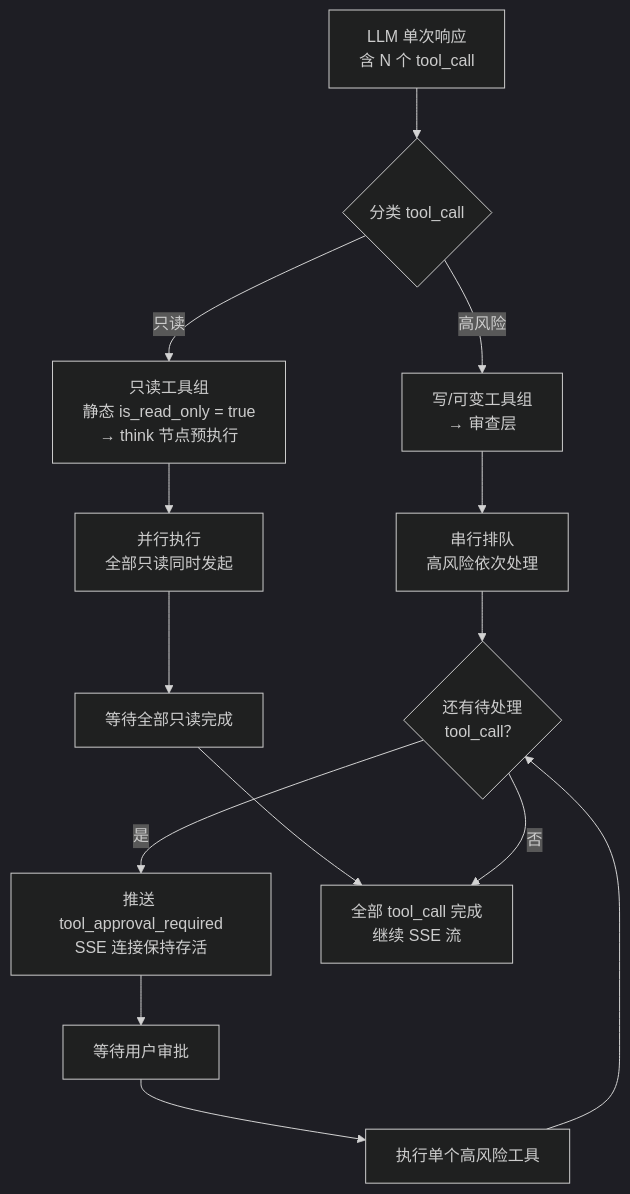
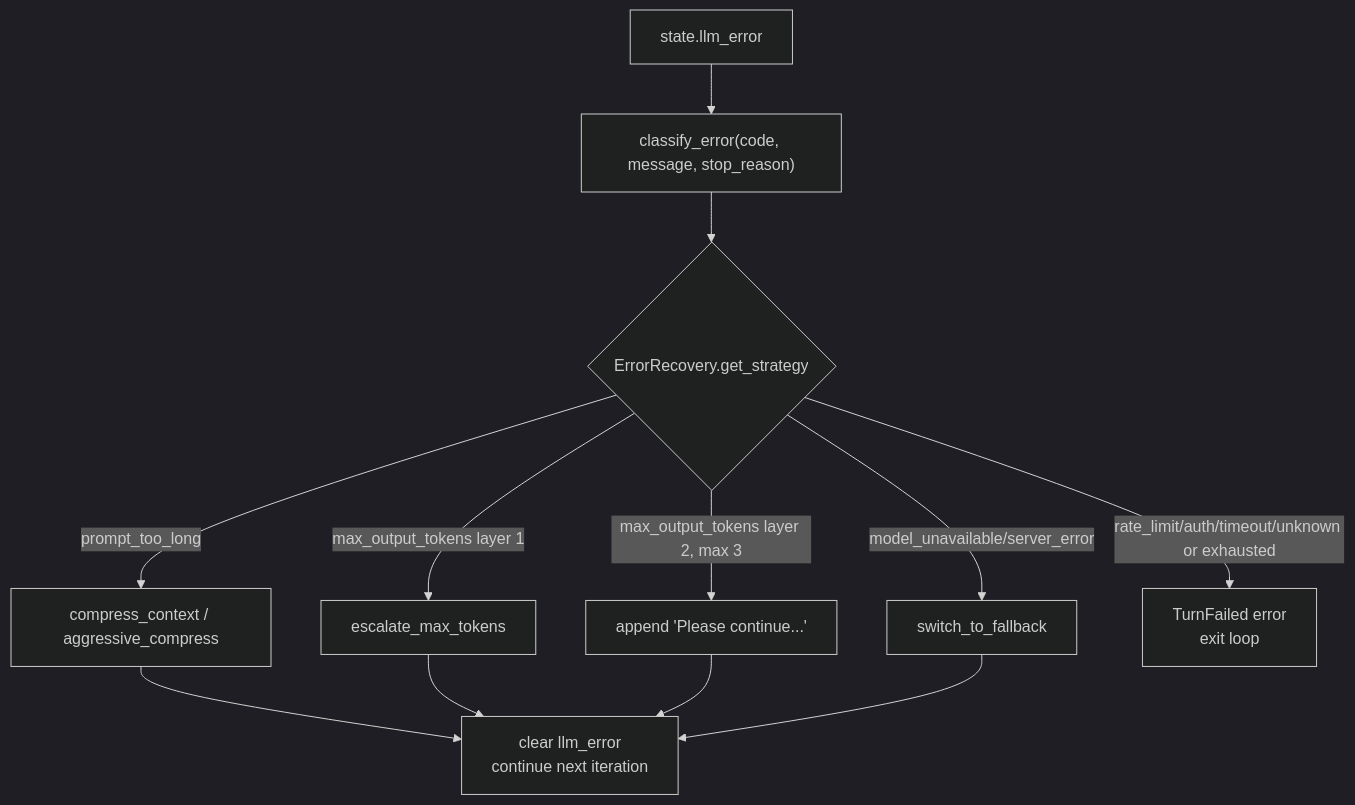
One commit to nazzeDe/alascup-agent changed the tenth of 13 diagrams in web-server/graph.md. Above: the diagram before and after it, drawn with Mermaid (dark theme). The commit also changed other lines of this file and 21 other files, not shown here.

````diff
--- a/web-server/graph.md
+++ b/web-server/graph.md
@@ -389,31 +326,19 @@
 ```mermaid
 flowchart TD
-    %% 声明
-    llm_multi_response["LLM 单次响应<br/>含 N 个 tool_call"]
-    classify{"分类 tool_call"}
-    readonly_group["只读工具组<br/>静态 is_read_only = true<br/>→ think 节点预执行"]
-    highrisk_group["写/可变工具组<br/>→ 审查层"]
-    parallel_exec["并行执行<br/>全部只读同时发起"]
-    parallel_wait["等待全部只读完成"]
-    serial_queue["串行排队<br/>高风险依次处理"]
-    has_next{"还有待处理<br/>tool_call？"}
-    push_approval["推送 tool_approval_required<br/>SSE 连接保持存活"]
-    wait_user["等待用户审批"]
-    execute_one["执行单个高风险工具"]
-    merge_done["全部 tool_call 完成<br/>继续 SSE 流"]
+    error["state.llm_error"]
+    classify["classify_error(code, message, stop_reason)"]
+    recoverable{"ErrorRecovery.get_strategy"}
+    compress["compress_context / aggressive_compress"]
+    tokens["escalate_max_tokens"]
+    cont["append 'Please continue...'"]
+    fallback["switch_to_fallback"]
+    retry["clear llm_error<br/>continue next iteration"]
+    surface["TurnFailed error<br/>exit loop"]
 
-    %% 连线
-    llm_multi_response --> classify
-    classify -- "只读" --> readonly_group
-    classify -- "高风险" --> highrisk_group
-    readonly_group --> parallel_exec
-    parallel_exec --> parallel_wait
-    highrisk_group --> serial_queue
-    serial_queue --> has_next
-    has_next -- "是" --> push_approval
-    push_approval --> wait_user
-    wait_user --> execute_one
-    execute_one --> has_next
-    parallel_wait --> merge_done
-    has_next -- "否" --> merge_done
+    error --> classify --> recoverable
+    recoverable -- "prompt_too_long" --> compress --> retry
+    recoverable -- "max_output_tokens layer 1" --> tokens --> retry
+    recoverable -- "max_output_tokens layer 2, max 3" --> cont --> retry
+    recoverable -- "model_unavailable/server_error" --> fallback --> retry
+    recoverable -- "rate_limit/auth/timeout/unknown or exhausted" --> surface
 ```
````
